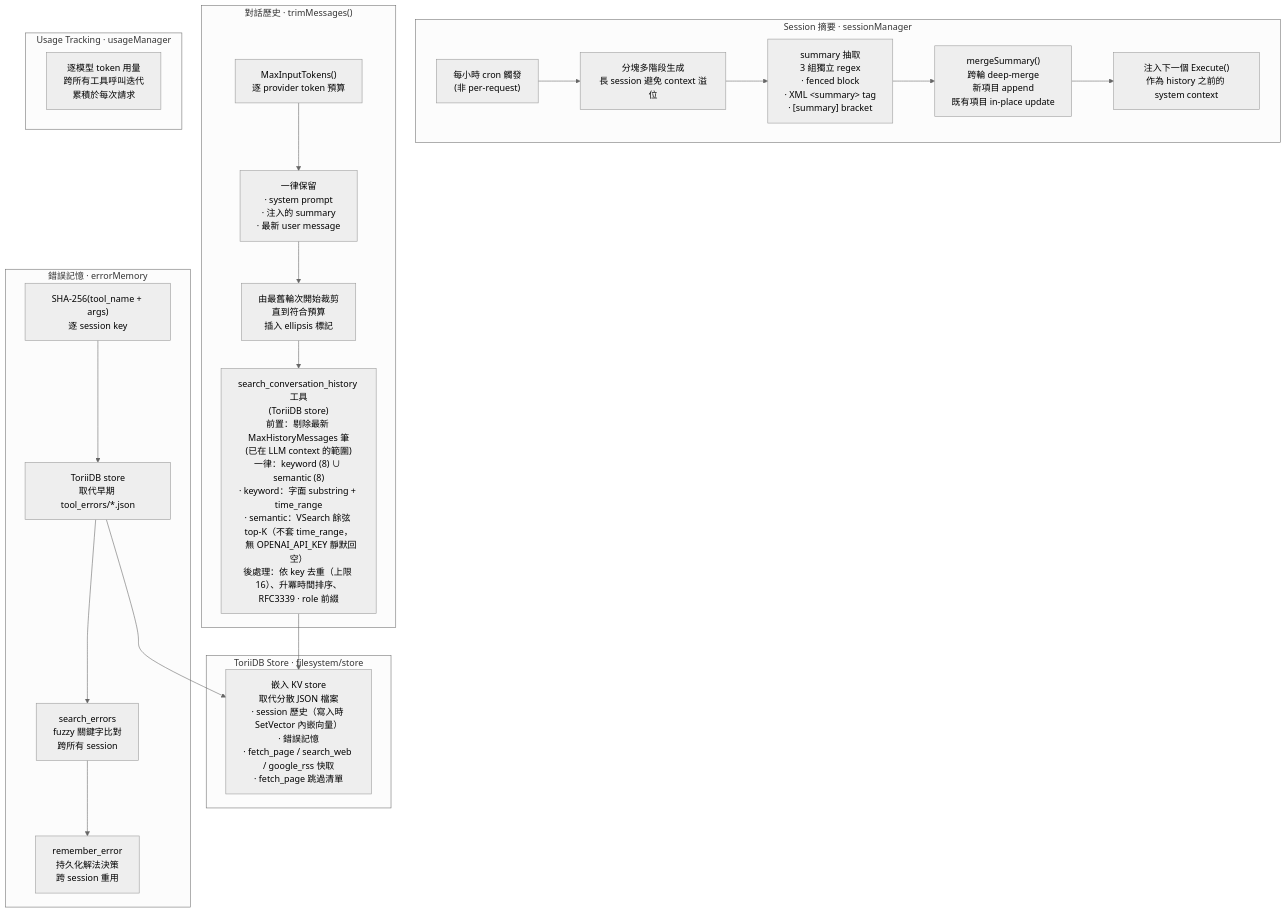
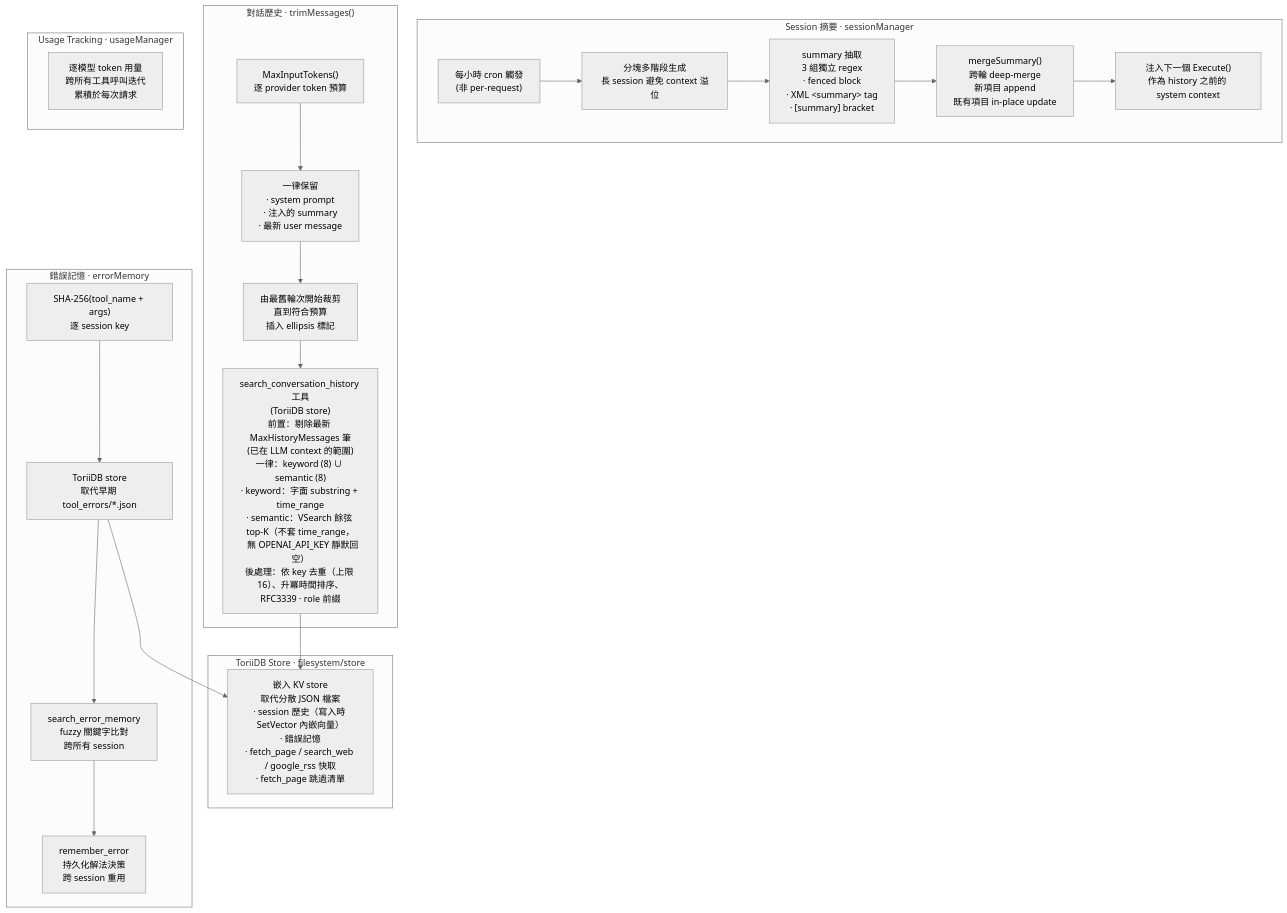
The eighth of 9 diagrams in doc/architecture.zh.md (pardnchiu/Agenvoy), drawn with Mermaid (neutral theme) before and after one commit. The commit also changed other lines of this file and 27 other files, not shown here.

````diff
--- a/doc/architecture.zh.md
+++ b/doc/architecture.zh.md
@@ -377,41 +377,41 @@
 ```mermaid
 flowchart TD
     subgraph SessionSummary ["Session 摘要 · sessionManager"]
         SumCron["每小時 cron 觸發\n(非 per-request)"]
         SumChunk["分塊多階段生成\n長 session 避免 context 溢位"]
         SumExtract["summary 抽取\n3 組獨立 regex\n· fenced block\n· XML &lt;summary&gt; tag\n· [summary] bracket"]
         SumMerge["mergeSummary()\n跨輪 deep-merge\n新項目 append\n既有項目 in-place update"]
         SumInject["注入下一個 Execute()\n作為 history 之前的 system context"]
     end
 
     subgraph HistoryTrim ["對話歷史 · trimMessages()"]
         Budget["MaxInputTokens()\n逐 provider token 預算"]
         Preserve["一律保留\n· system prompt\n· 注入的 summary\n· 最新 user message"]
         Trim["由最舊輪次開始裁剪\n直到符合預算\n插入 ellipsis 標記"]
         SearchHist["search_conversation_history 工具\n(ToriiDB store)\n前置：剔除最新 MaxHistoryMessages 筆\n(已在 LLM context 的範圍)\n一律：keyword (8) ∪ semantic (8)\n· keyword：字面 substring + time_range\n· semantic：VSearch 餘弦 top-K（不套 time_range，\n  無 OPENAI_API_KEY 靜默回空）\n後處理：依 key 去重（上限 16）、升冪時間排序、\nRFC3339 · role 前綴"]
     end
 
     subgraph ToriiStore ["ToriiDB Store · filesystem/store"]
         TS["嵌入 KV store\n取代分散 JSON 檔案\n· session 歷史（寫入時 SetVector 內嵌向量）\n· 錯誤記憶\n· fetch_page / search_web / google_rss 快取\n· fetch_page 跳過清單"]
     end
 
     subgraph ErrorMemory ["錯誤記憶 · errorMemory"]
         ErrHash["SHA-256(tool_name + args)\n逐 session key"]
         ErrStore["ToriiDB store\n取代早期 tool_errors/*.json"]
-        ErrRecall["search_errors\nfuzzy 關鍵字比對\n跨所有 session"]
+        ErrRecall["search_error_memory\nfuzzy 關鍵字比對\n跨所有 session"]
         ErrResolve["remember_error\n持久化解法決策\n跨 session 重用"]
     end
 
     subgraph UsageTracking ["Usage Tracking · usageManager"]
         UT["逐模型 token 用量\n跨所有工具呼叫迭代\n累積於每次請求"]
     end
 
     SumCron --> SumChunk --> SumExtract --> SumMerge --> SumInject
     Budget --> Preserve --> Trim
     Trim --> SearchHist
     SearchHist --> TS
     ErrHash --> ErrStore
     ErrStore --> TS
     ErrStore --> ErrRecall
     ErrRecall --> ErrResolve
 ```
````
